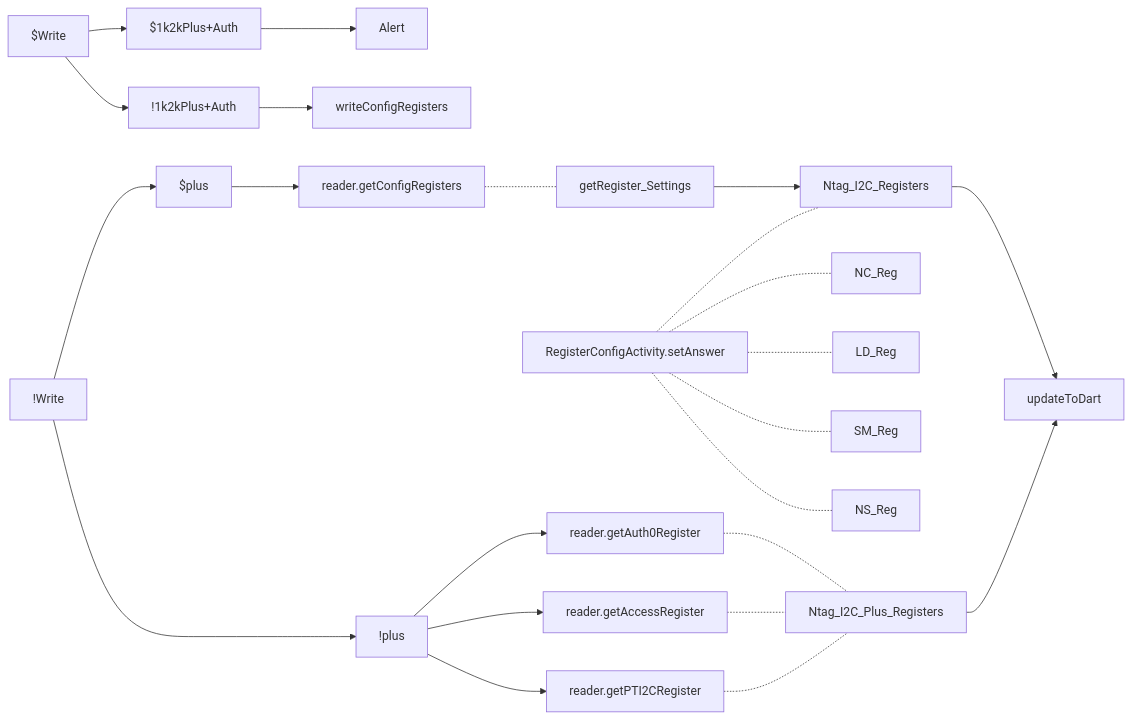
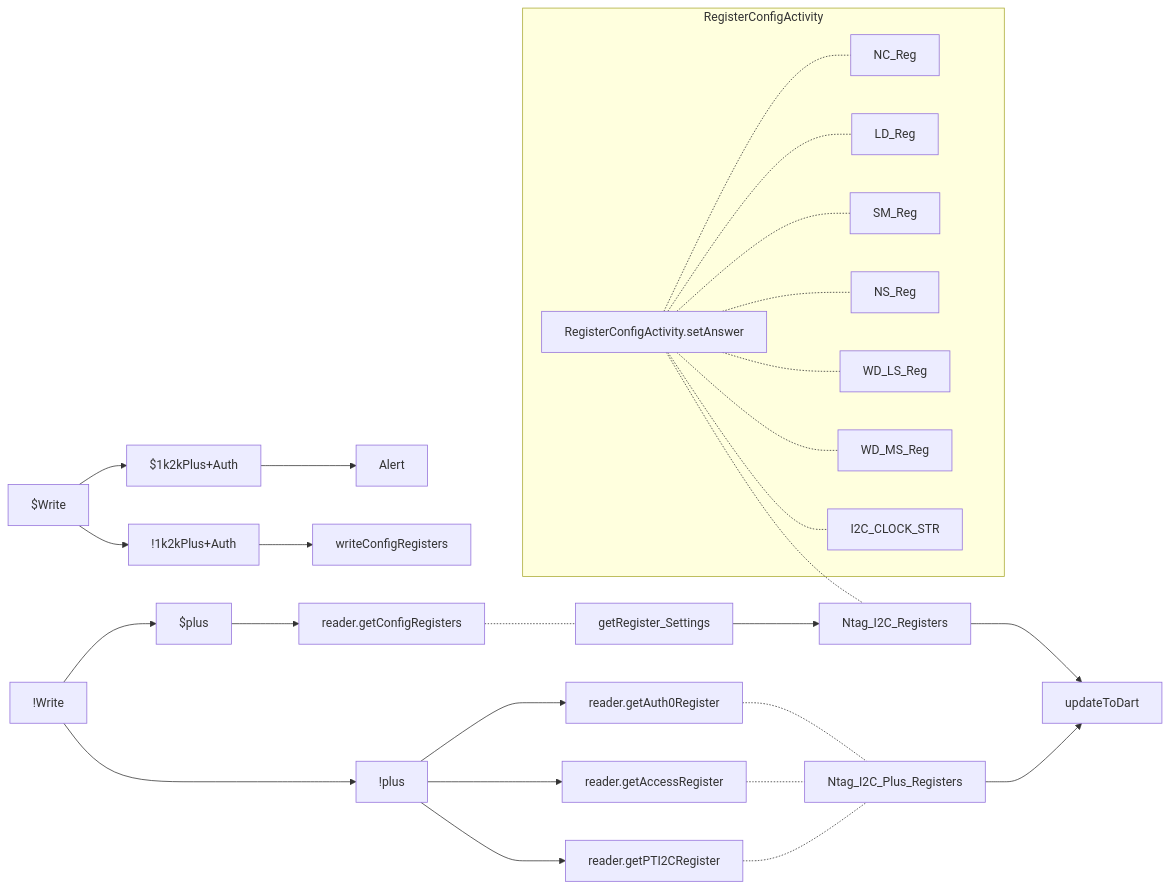
One commit to gordianknotC/nxp_note changed the ninth of 10 diagrams in nxp/NtagDemo_mermaid.md. Above: the diagram before and after it, drawn with Mermaid. The commit also changed other lines of this file, not shown here.

Commit message:
nxp/NtagDemo_mermaid.md updated from https://stackedit.io/

````diff
--- a/nxp/NtagDemo_mermaid.md
+++ b/nxp/NtagDemo_mermaid.md
@@ -285,35 +285,39 @@
 ```mermaid
 graph LR
 $Write
 !Write
 $1k2kPlus+Auth
 !1k2kPlus+Auth
 
 $Write --> $1k2kPlus+Auth
 $1k2kPlus+Auth --> Alert
 $Write --> !1k2kPlus+Auth
 !1k2kPlus+Auth --> writeConfigRegisters
 
 !Write --> $plus 
 $plus --> reader.getConfigRegisters
 reader.getConfigRegisters -.- getRegister_Settings
 getRegister_Settings --> Ntag_I2C_Registers
 RegisterConfigActivity.setAnswer -.- Ntag_I2C_Registers
 
+subgraph RegisterConfigActivity
 RegisterConfigActivity.setAnswer -.- NC_Reg
 RegisterConfigActivity.setAnswer -.- LD_Reg
 RegisterConfigActivity.setAnswer -.- SM_Reg
 RegisterConfigActivity.setAnswer -.- NS_Reg
-
+RegisterConfigActivity.setAnswer -.- WD_LS_Reg
+RegisterConfigActivity.setAnswer -.- WD_MS_Reg
+RegisterConfigActivity.setAnswer -.- I2C_CLOCK_STR
+end
 
 !Write --> !plus
 !plus --> reader.getAuth0Register
 !plus --> reader.getAccessRegister
 !plus --> reader.getPTI2CRegister
 reader.getAuth0Register -.- Ntag_I2C_Plus_Registers
 reader.getAccessRegister-.- Ntag_I2C_Plus_Registers
 reader.getPTI2CRegister-.- Ntag_I2C_Plus_Registers
 
 Ntag_I2C_Registers --> updateToDart
 Ntag_I2C_Plus_Registers --> updateToDart
 ```
````
